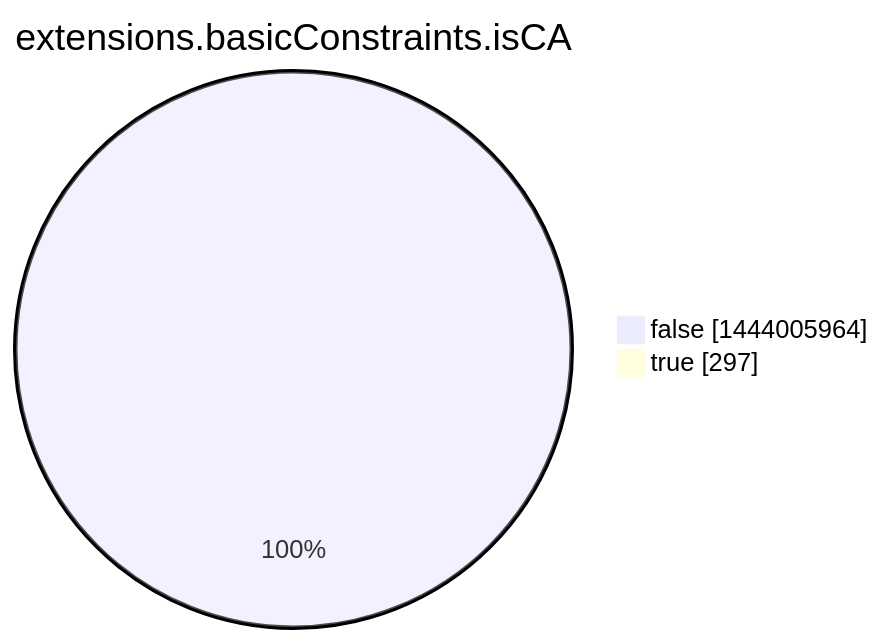
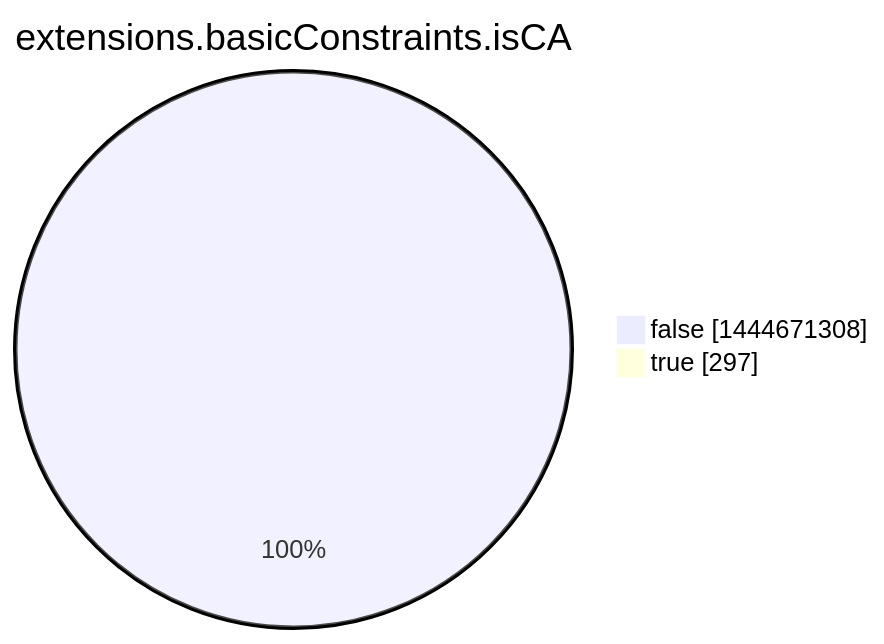
One commit to christiankrug/ctmonitor_visualization changed the eighth of 15 diagrams in argon2022/README.md. Above: the diagram before and after it, drawn with Mermaid. The commit also changed other lines of this file, not shown here.

````diff
--- a/argon2022/README.md
+++ b/argon2022/README.md
@@ -2760,6 +2760,6 @@
 ```mermaid
 pie showData
 title extensions.basicConstraints.isCA
-"false" :1444005964
+"false" :1444671308
 "true" :297
 ```
````
